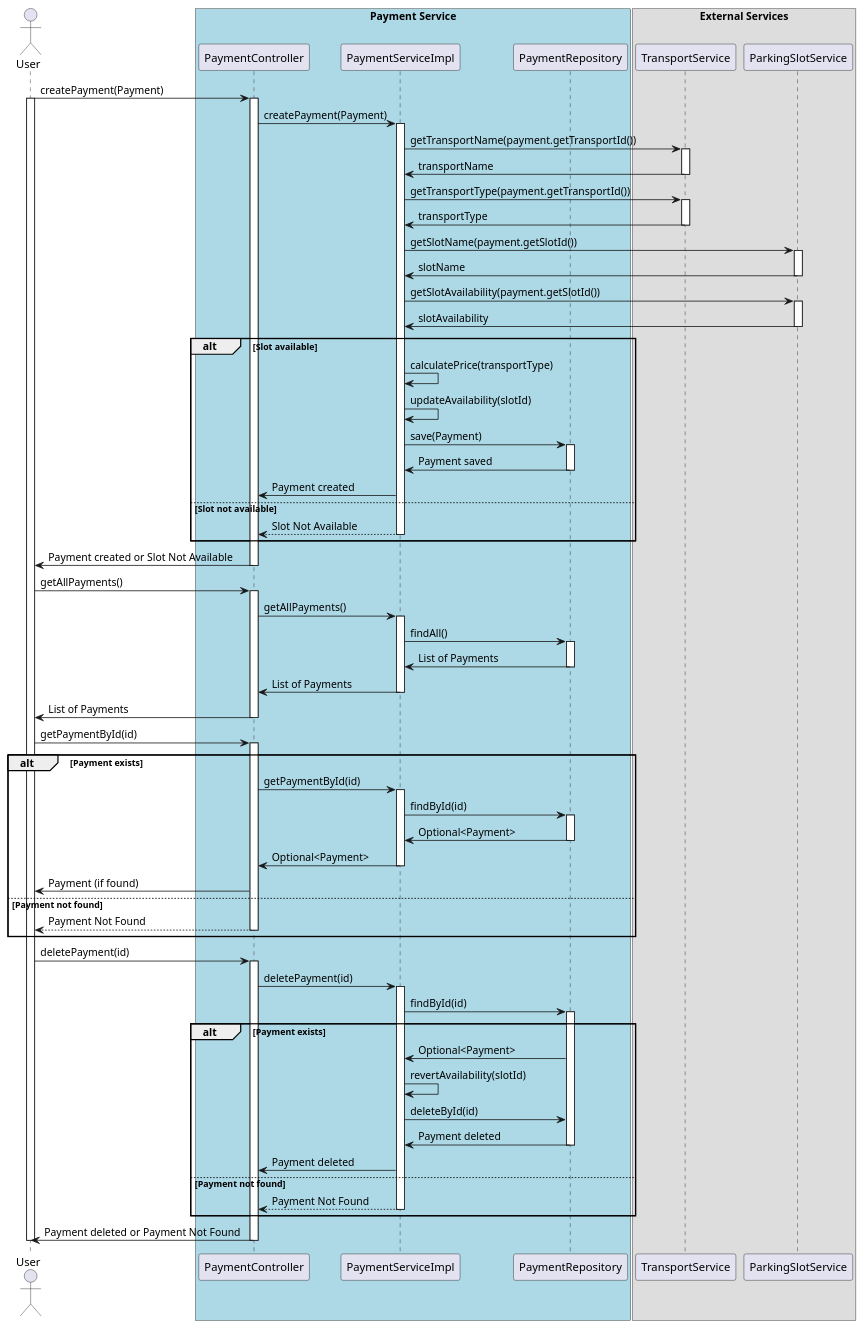
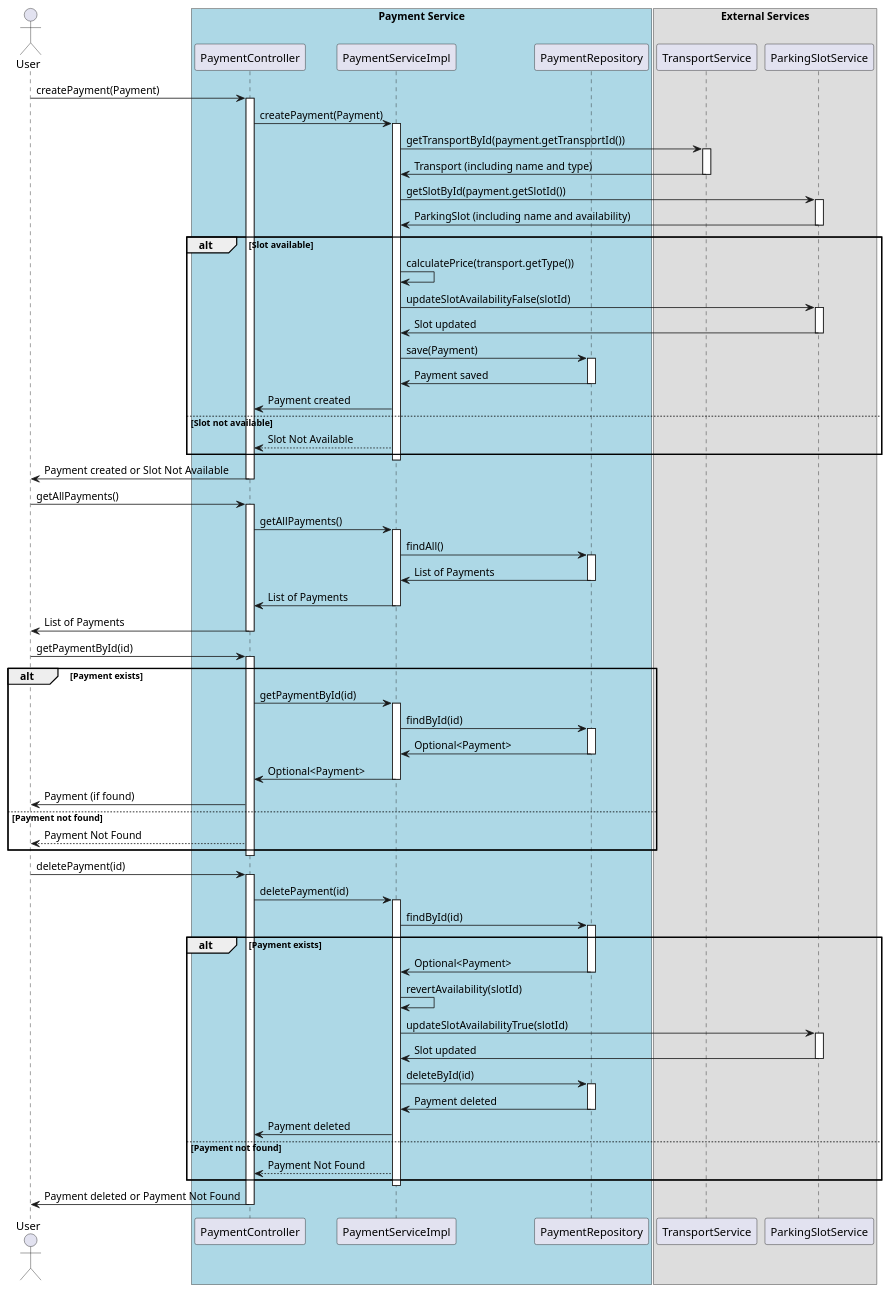
One commit to RakusasuDorea/MicroserviceDemo changed the diagram in payment-service/src/uml/Payment.puml. Above: the diagram before and after it, drawn with PlantUML. The commit also changed 1 other file, not shown here.

```diff
--- a/payment-service/src/uml/Payment.puml
+++ b/payment-service/src/uml/Payment.puml
@@ -1,112 +1,107 @@
 @startuml
-
 actor User
 box "Payment Service" #LightBlue
     participant PaymentController
     participant PaymentServiceImpl
     participant PaymentRepository
 end box
 
 box "External Services"
     participant TransportService
     participant ParkingSlotService
 end box
 
 User -> PaymentController: createPayment(Payment)
 activate PaymentController
-activate User
 PaymentController -> PaymentServiceImpl: createPayment(Payment)
 activate PaymentServiceImpl
 
-PaymentServiceImpl -> TransportService: getTransportName(payment.getTransportId())
+PaymentServiceImpl -> TransportService: getTransportById(payment.getTransportId())
 activate TransportService
-TransportService -> PaymentServiceImpl: transportName
+TransportService -> PaymentServiceImpl: Transport (including name and type)
 deactivate TransportService
 
-PaymentServiceImpl -> TransportService: getTransportType(payment.getTransportId())
-activate TransportService
-TransportService -> PaymentServiceImpl: transportType
-deactivate TransportService
-
-PaymentServiceImpl -> ParkingSlotService: getSlotName(payment.getSlotId())
+PaymentServiceImpl -> ParkingSlotService: getSlotById(payment.getSlotId())
 activate ParkingSlotService
-ParkingSlotService -> PaymentServiceImpl: slotName
-deactivate ParkingSlotService
-
-PaymentServiceImpl -> ParkingSlotService: getSlotAvailability(payment.getSlotId())
-activate ParkingSlotService
-ParkingSlotService -> PaymentServiceImpl: slotAvailability
+ParkingSlotService -> PaymentServiceImpl: ParkingSlot (including name and availability)
 deactivate ParkingSlotService
 
 alt Slot available
-    PaymentServiceImpl -> PaymentServiceImpl: calculatePrice(transportType)
-    PaymentServiceImpl -> PaymentServiceImpl: updateAvailability(slotId)
+    PaymentServiceImpl -> PaymentServiceImpl: calculatePrice(transport.getType())
+    PaymentServiceImpl -> ParkingSlotService: updateSlotAvailabilityFalse(slotId)
+    activate ParkingSlotService
+    ParkingSlotService -> PaymentServiceImpl: Slot updated
+    deactivate ParkingSlotService
 
     PaymentServiceImpl -> PaymentRepository: save(Payment)
     activate PaymentRepository
     PaymentRepository -> PaymentServiceImpl: Payment saved
     deactivate PaymentRepository
 
     PaymentServiceImpl -> PaymentController: Payment created
 else Slot not available
     PaymentServiceImpl --> PaymentController: Slot Not Available
-    deactivate PaymentServiceImpl
 end
+deactivate PaymentServiceImpl
 
 PaymentController -> User: Payment created or Slot Not Available
 deactivate PaymentController
 
 User -> PaymentController: getAllPayments()
 activate PaymentController
 PaymentController -> PaymentServiceImpl: getAllPayments()
 activate PaymentServiceImpl
 PaymentServiceImpl -> PaymentRepository: findAll()
 activate PaymentRepository
 PaymentRepository -> PaymentServiceImpl: List of Payments
 deactivate PaymentRepository
 PaymentServiceImpl -> PaymentController: List of Payments
 deactivate PaymentServiceImpl
 PaymentController -> User: List of Payments
 deactivate PaymentController
 
 User -> PaymentController: getPaymentById(id)
 activate PaymentController
 alt Payment exists
     PaymentController -> PaymentServiceImpl: getPaymentById(id)
     activate PaymentServiceImpl
     PaymentServiceImpl -> PaymentRepository: findById(id)
     activate PaymentRepository
     PaymentRepository -> PaymentServiceImpl: Optional<Payment>
     deactivate PaymentRepository
     PaymentServiceImpl -> PaymentController: Optional<Payment>
     deactivate PaymentServiceImpl
     PaymentController -> User: Payment (if found)
 else Payment not found
     PaymentController --> User: Payment Not Found
-    deactivate PaymentController
-
 end
+deactivate PaymentController
 
 User -> PaymentController: deletePayment(id)
 activate PaymentController
 PaymentController -> PaymentServiceImpl: deletePayment(id)
 activate PaymentServiceImpl
 PaymentServiceImpl -> PaymentRepository: findById(id)
 activate PaymentRepository
 alt Payment exists
     PaymentRepository -> PaymentServiceImpl: Optional<Payment>
+    deactivate PaymentRepository
     PaymentServiceImpl -> PaymentServiceImpl: revertAvailability(slotId)
+    PaymentServiceImpl -> ParkingSlotService: updateSlotAvailabilityTrue(slotId)
+    activate ParkingSlotService
+    ParkingSlotService -> PaymentServiceImpl: Slot updated
+    deactivate ParkingSlotService
+
     PaymentServiceImpl -> PaymentRepository: deleteById(id)
+    activate PaymentRepository
     PaymentRepository -> PaymentServiceImpl: Payment deleted
     deactivate PaymentRepository
+
     PaymentServiceImpl -> PaymentController: Payment deleted
 else Payment not found
     PaymentServiceImpl --> PaymentController: Payment Not Found
-    deactivate PaymentRepository
-    deactivate PaymentServiceImpl
 end
+deactivate PaymentServiceImpl
 PaymentController -> User: Payment deleted or Payment Not Found
 deactivate PaymentController
-deactivate User
-
 @enduml
```
